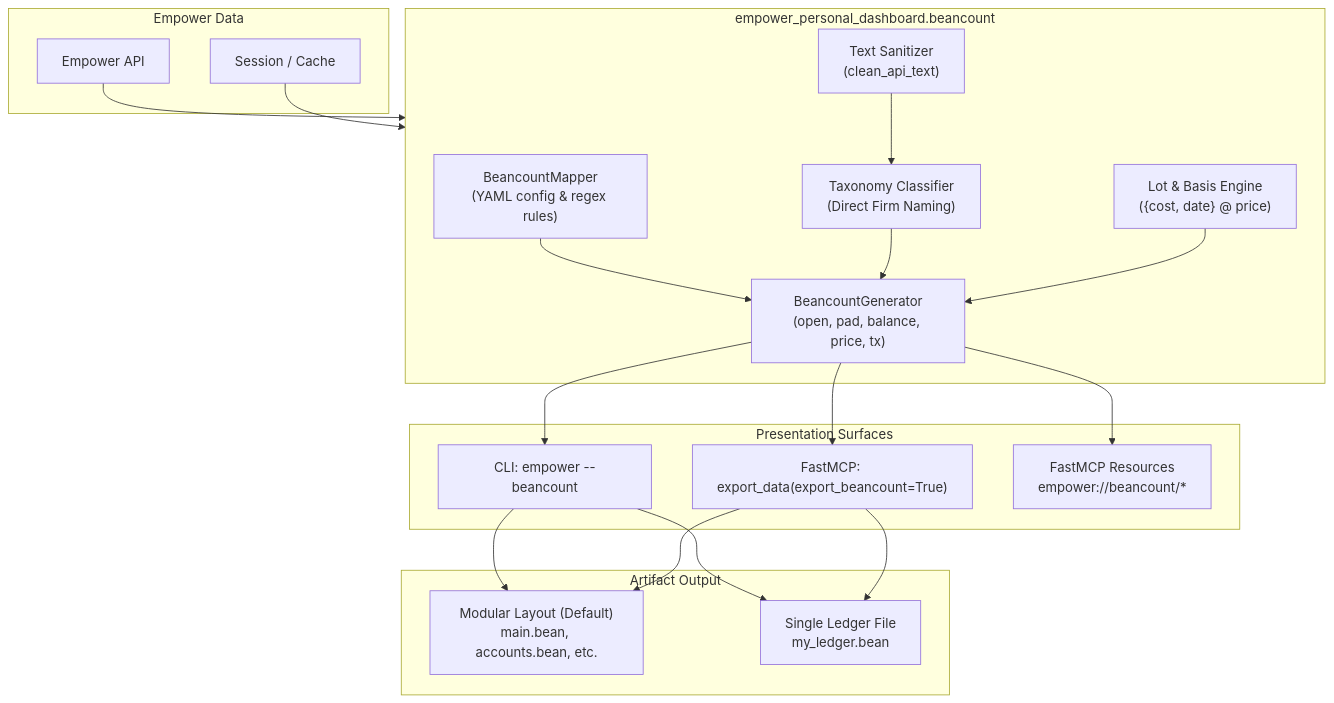
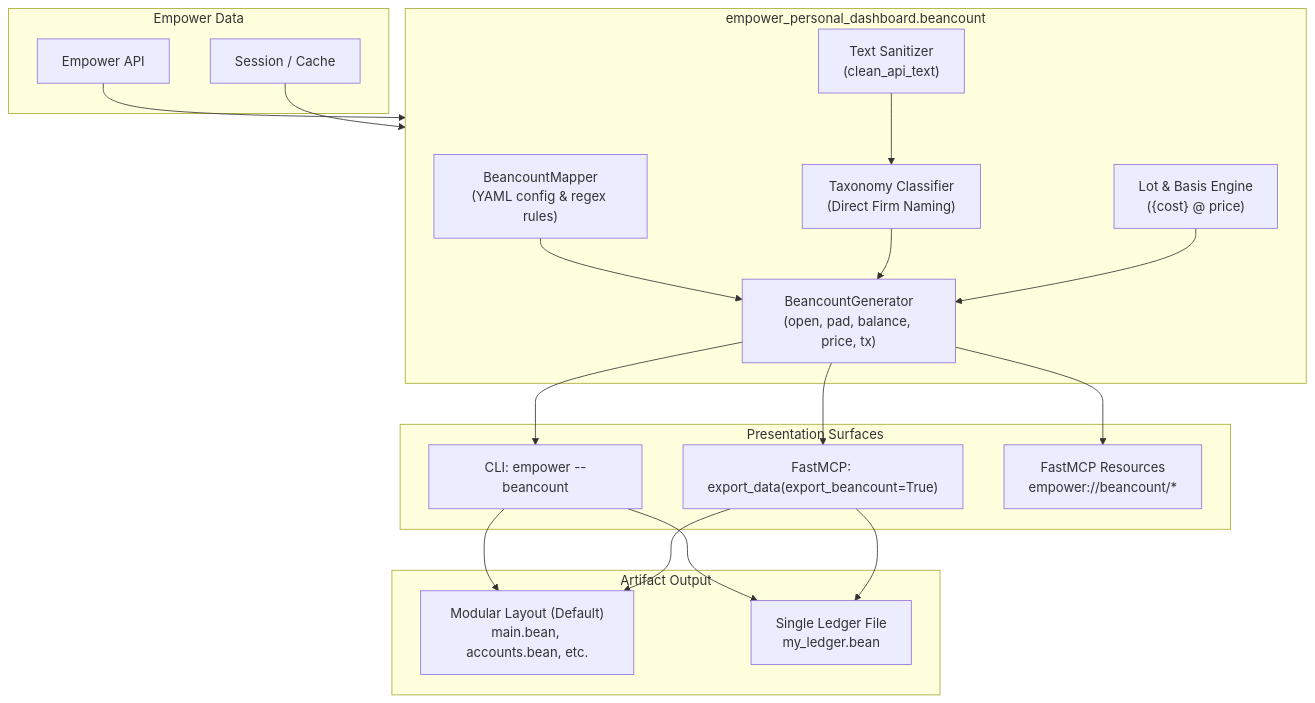
Before and after one commit to don-petry/empower-personal-dashboard: the diagram in docs/adr/0003-beancount-export-architecture.md, drawn with Mermaid. The commit also changed other lines of this file and 6 other files, not shown here.

````diff
--- a/docs/adr/0003-beancount-export-architecture.md
+++ b/docs/adr/0003-beancount-export-architecture.md
@@ -72,40 +73,40 @@
 ```mermaid
 flowchart TD
     subgraph InputSources["Empower Data"]
         API["Empower API"]
         Cache["Session / Cache"]
     end
 
     subgraph CoreEngine["empower_personal_dashboard.beancount"]
         Mapper["BeancountMapper<br/>(YAML config & regex rules)"]
         Sanitize["Text Sanitizer<br/>(clean_api_text)"]
         Taxonomy["Taxonomy Classifier<br/>(Direct Firm Naming)"]
-        LotEngine["Lot & Basis Engine<br/>({cost, date} @ price)"]
+        LotEngine["Lot & Basis Engine<br/>({cost} @ price)"]
         Generator["BeancountGenerator<br/>(open, pad, balance, price, tx)"]
     end
 
     subgraph Surfaces["Presentation Surfaces"]
         CLI["CLI: empower --beancount"]
         MCP["FastMCP: export_data(export_beancount=True)"]
         Resources["FastMCP Resources<br/>empower://beancount/*"]
     end
 
     subgraph FileOutputs["Artifact Output"]
         Modular["Modular Layout (Default)<br/>main.bean, accounts.bean, etc."]
         Single["Single Ledger File<br/>my_ledger.bean"]
     end
 
     API --> CoreEngine
     Cache --> CoreEngine
     Mapper --> Generator
     Sanitize --> Taxonomy
     Taxonomy --> Generator
     LotEngine --> Generator
     Generator --> CLI
     Generator --> MCP
     Generator --> Resources
     CLI --> Modular
     CLI --> Single
     MCP --> Modular
     MCP --> Single
 ```
````
